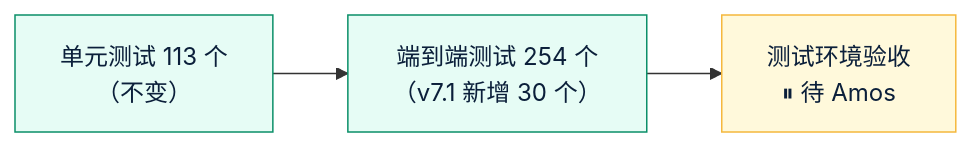
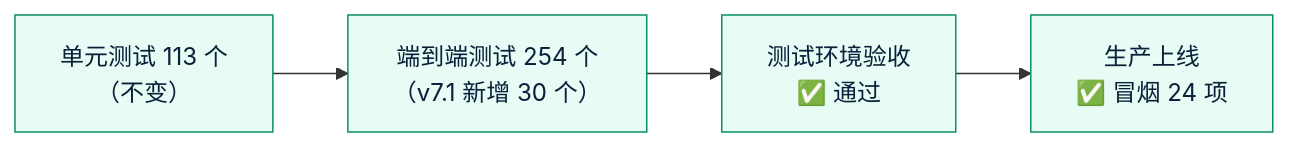
Before and after one commit to dollar3651314/amos111: the diagram in 测试报告/v7.1-测试报告.md, drawn with Mermaid. The commit also changed other lines of this file and 2 other files, not shown here.

Commit message:
v7.1 文档：记录测试环境验收通过和生产上线结果
Claude-Session: https://claude.ai/code/session_01DqZbzoT18DBn5qNNenTfcq

````diff
--- a/测试报告/v7.1-测试报告.md
+++ b/测试报告/v7.1-测试报告.md
@@ -10,9 +10,8 @@
 ```mermaid
 flowchart LR
-    U["单元测试 113 个<br/>（不变）"] --> E["端到端测试 254 个<br/>（v7.1 新增 30 个）"] --> S["测试环境验收<br/>⏸ 待 Amos"]
+    U["单元测试 113 个<br/>（不变）"] --> E["端到端测试 254 个<br/>（v7.1 新增 30 个）"] --> S["测试环境验收<br/>✅ 通过"] --> P["生产上线<br/>✅ 冒烟 24 项"]
 
     classDef ok fill:#E6FCF5,stroke:#0A8F68,color:#0B1F3A
     classDef wait fill:#FFF9DB,stroke:#F5B83D,color:#0B1F3A
-    class U,E ok
-    class S wait
+    class U,E,S,P ok
 ```
````
